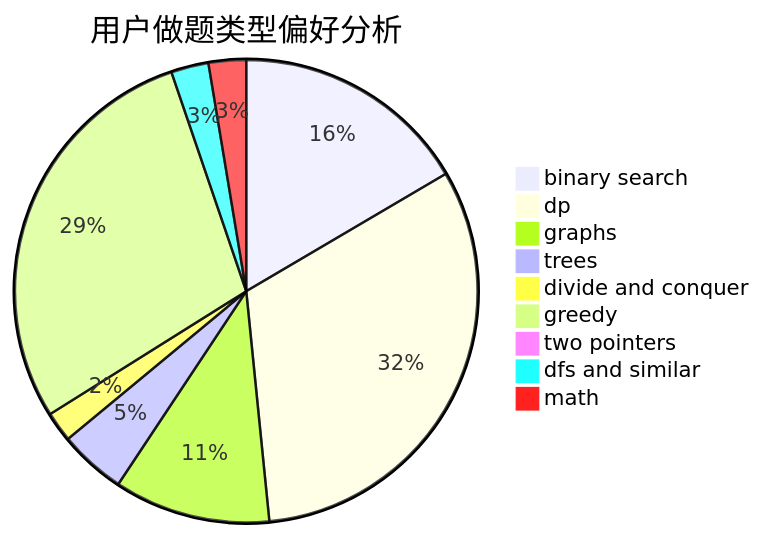
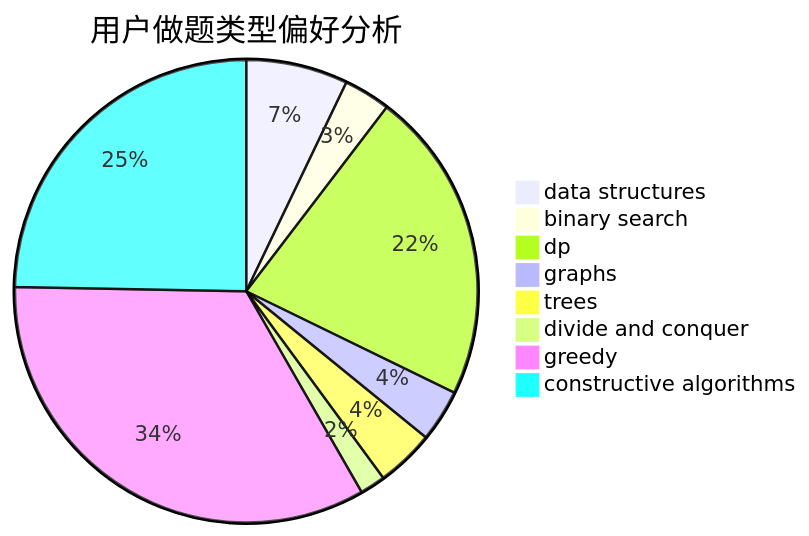
The second of 3 diagrams in docs/user/u1654.md (sherpahu/cfrs.github.io), drawn with Mermaid before and after one commit. The commit also changed other lines of this file and 2775 other files, not shown here.

````diff
--- a/docs/user/u1654.md
+++ b/docs/user/u1654.md
@@ -23,12 +23,11 @@
 ```mermaid
 pie title 用户做题类型偏好分析
-    "binary search" :  259
-    "dp" :  499
-    "graphs" :  171
-    "trees" :  73
-    "divide and conquer" :  33
-    "greedy" :  449
-    "two pointers" :  7
-    "dfs and similar" :  41
-    "math" :  41
+    "data structures" :  72
+    "binary search" :  33
+    "dp" :  221
+    "graphs" :  37
+    "trees" :  41
+    "divide and conquer" :  18
+    "greedy" :  340
+    "constructive algorithms" :  250
 ```
````
